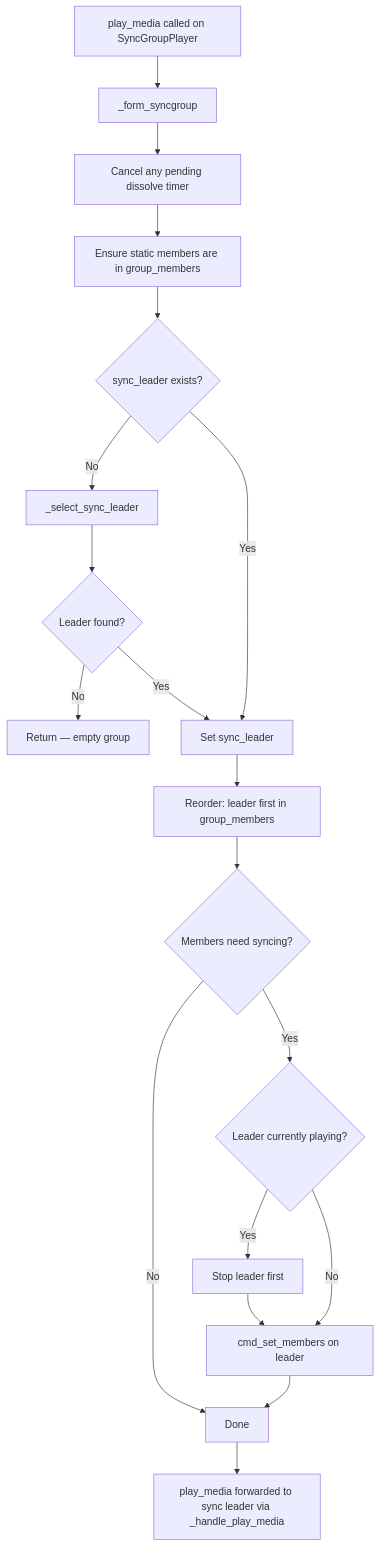
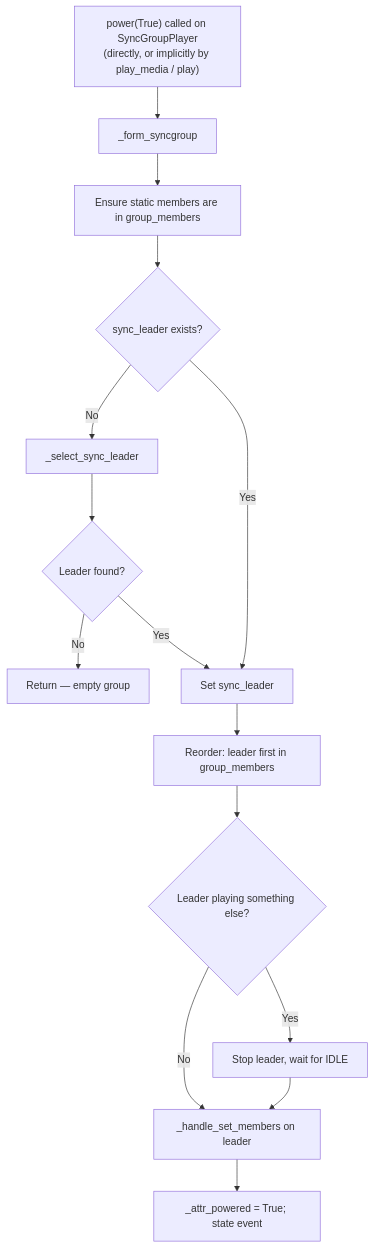
One commit to theturtle32/music-assistant-server changed the first of 4 diagrams in docs/architecture/06-grouping.md. Above: the diagram before and after it, drawn with Mermaid. The commit also changed other lines of this file and 2 other files, not shown here.

First line of the commit message:
docs(architecture): Stack 3 — Sync group rework, leader switch, mute lock + power forwarding fixes (#9)

````diff
--- a/docs/architecture/06-grouping.md
+++ b/docs/architecture/06-grouping.md
@@ -90,21 +96,17 @@
 ```mermaid
 flowchart TD
-    A[play_media called on SyncGroupPlayer] --> B[_form_syncgroup]
-    B --> C[Cancel any pending dissolve timer]
-    C --> D[Ensure static members are in group_members]
+    A["power(True) called on SyncGroupPlayer<br/>(directly, or implicitly by play_media / play)"] --> B[_form_syncgroup]
+    B --> D[Ensure static members are in group_members]
     D --> E{sync_leader exists?}
     E -- No --> F[_select_sync_leader]
     F --> G{Leader found?}
     G -- No --> H[Return — empty group]
     G -- Yes --> I[Set sync_leader]
     E -- Yes --> I
     I --> J[Reorder: leader first in group_members]
-    J --> K{Members need syncing?}
-    K -- No --> L[Done]
-    K -- Yes --> M{Leader currently playing?}
-    M -- Yes --> N[Stop leader first]
-    N --> O[cmd_set_members on leader]
-    M -- No --> O
-    O --> L
-    L --> P[play_media forwarded to sync leader via _handle_play_media]
+    J --> K{Leader playing something else?}
+    K -- Yes --> N[Stop leader, wait for IDLE]
+    K -- No --> O[_handle_set_members on leader]
+    N --> O
+    O --> Z["_attr_powered = True; state event"]
 ```
````
